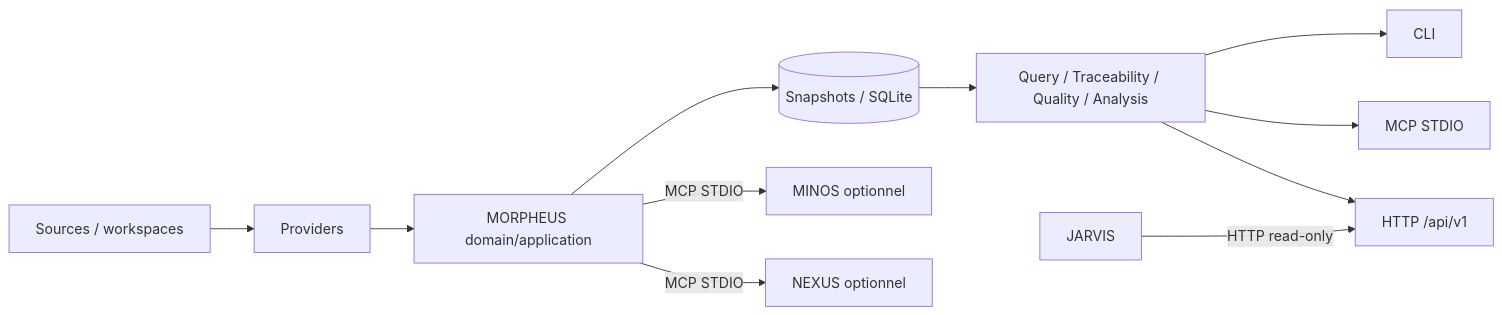
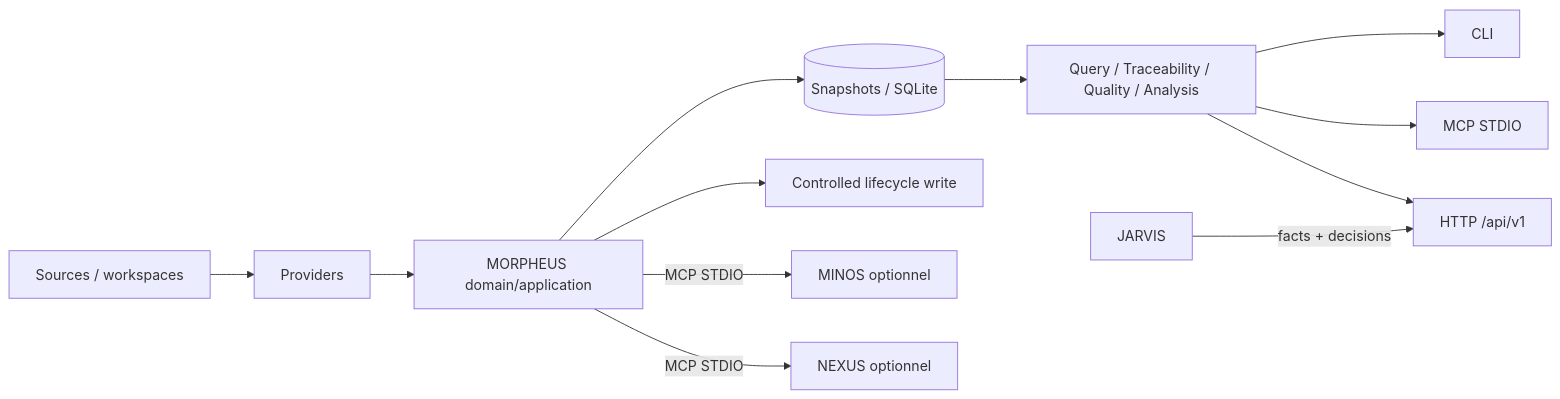
One commit to FTurleque/morpheus-engine changed the third of 3 diagrams in docs/README.md. Above: the diagram before and after it, drawn with Mermaid. The commit also changed other lines of this file, not shown here.

````diff
--- a/docs/README.md
+++ b/docs/README.md
@@ -58,13 +58,14 @@
 ```mermaid
 flowchart LR
     SRC[Sources / workspaces] --> P[Providers]
     P --> M[MORPHEUS domain/application]
     M --> S[(Snapshots / SQLite)]
     S --> Q[Query / Traceability / Quality / Analysis]
     Q --> CLI[CLI]
     Q --> MCP[MCP STDIO]
     Q --> API[HTTP /api/v1]
+    M --> W[Controlled lifecycle write]
     M -->|MCP STDIO| MINOS[MINOS optionnel]
     M -->|MCP STDIO| NEXUS[NEXUS optionnel]
-    J[JARVIS] -->|HTTP read-only| API
+    J[JARVIS] -->|facts + decisions| API
 ```
````
